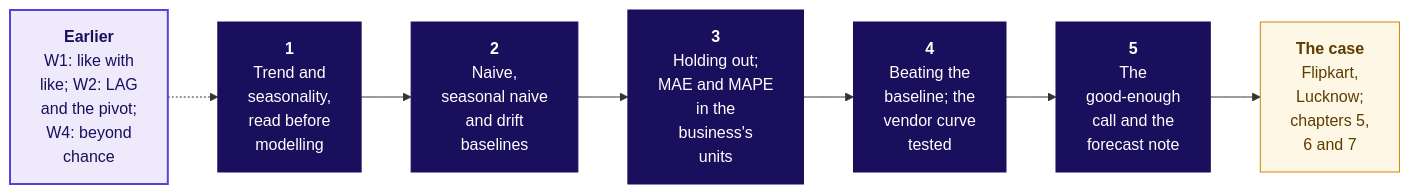
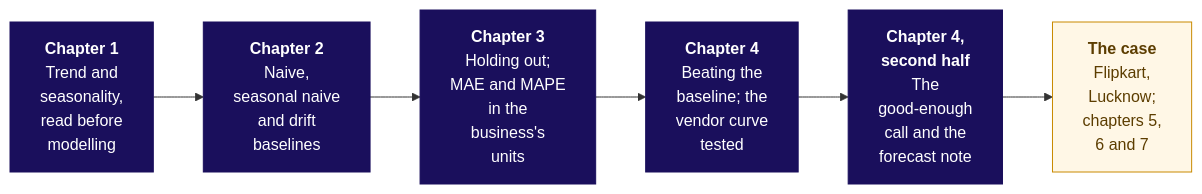
Before and after one commit to fde-academy-lab/c2-content-factory: the diagram in content/W04/D5/study-notes/C2_W04_D05_notes_STUDENT.md, drawn with Mermaid. The commit also changed other lines of this file and 5 other files, not shown here.

````diff
--- a/content/W04/D5/study-notes/C2_W04_D05_notes_STUDENT.md
+++ b/content/W04/D5/study-notes/C2_W04_D05_notes_STUDENT.md
@@ -24,15 +22,12 @@
 ```mermaid
 flowchart LR
-    E["<b>Earlier</b><br/>W1: like with<br/>like; W2: LAG<br/>and the pivot;<br/>W4: beyond<br/>chance"] -.-> T1
-    T1["<b>1</b><br/>Trend and<br/>seasonality,<br/>read before<br/>modelling"] --> T2["<b>2</b><br/>Naive,<br/>seasonal naive<br/>and drift<br/>baselines"]
-    T2 --> T3["<b>3</b><br/>Holding out;<br/>MAE and MAPE<br/>in the<br/>business's<br/>units"]
-    T3 --> T4["<b>4</b><br/>Beating the<br/>baseline; the<br/>vendor curve<br/>tested"]
-    T4 --> T5["<b>5</b><br/>The<br/>good-enough<br/>call and the<br/>forecast note"]
+    T1["<b>Chapter 1</b><br/>Trend and<br/>seasonality,<br/>read before<br/>modelling"] --> T2["<b>Chapter 2</b><br/>Naive,<br/>seasonal naive<br/>and drift<br/>baselines"]
+    T2 --> T3["<b>Chapter 3</b><br/>Holding out;<br/>MAE and MAPE<br/>in the<br/>business's<br/>units"]
+    T3 --> T4["<b>Chapter 4</b><br/>Beating the<br/>baseline; the<br/>vendor curve<br/>tested"]
+    T4 --> T5["<b>Chapter 4,</b><br/><b>second half</b><br/>The<br/>good-enough<br/>call and the<br/>forecast note"]
     T5 --> C["<b>The case</b><br/>Flipkart,<br/>Lucknow;<br/>chapters 5,<br/>6 and 7"]
     classDef lit fill:#1A0F5C,stroke:#1A0F5C,color:#FFFFFF
-    classDef known fill:#EEEAFB,stroke:#5B3FD6,color:#1A0F5C,stroke-width:2px
     classDef kalpa fill:#FFF7E6,stroke:#C98A00,color:#5C3D00
     class T1,T2,T3,T4,T5 lit
-    class E known
     class C kalpa
 ```
````
